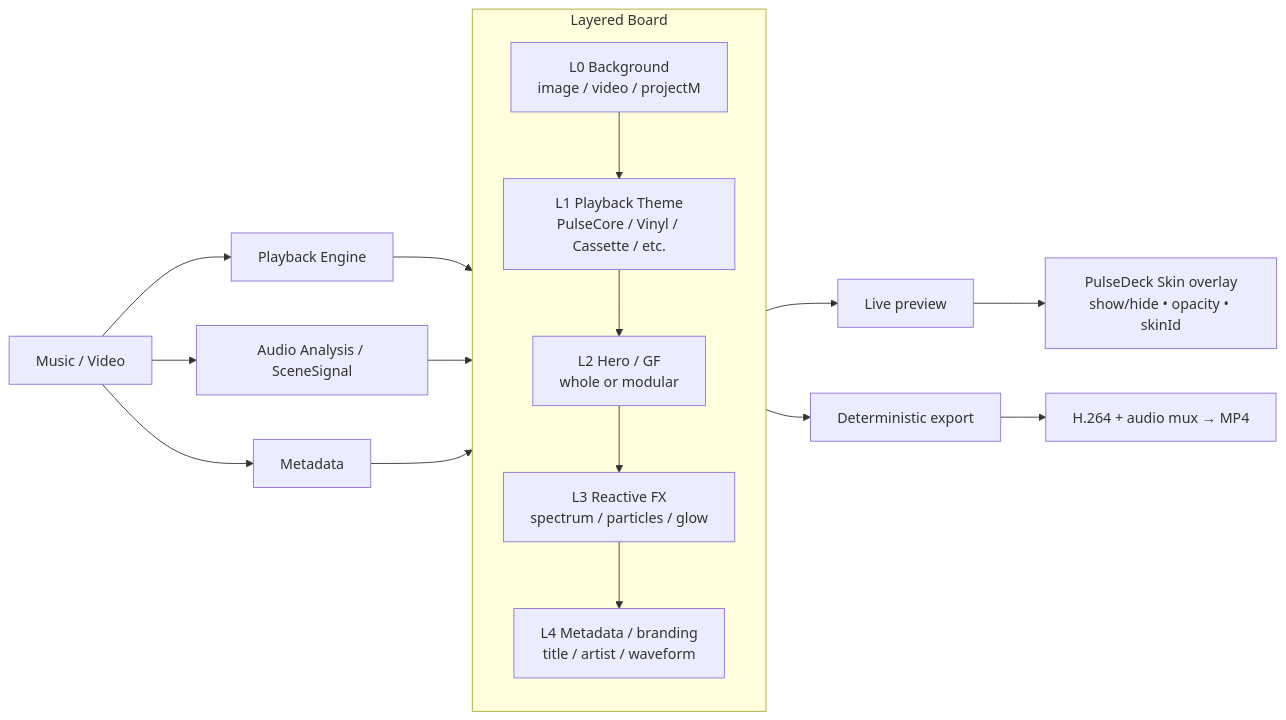
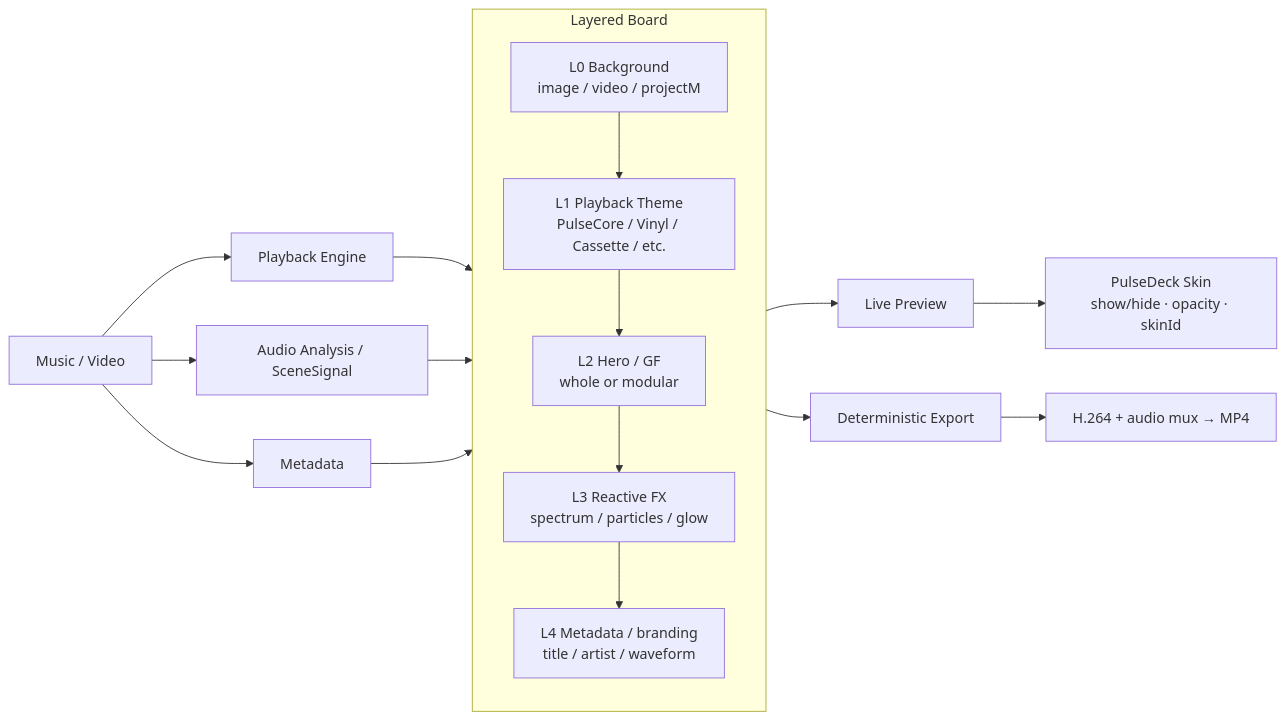
One commit to faric-ua/faric-music-visualizer changed the first of 2 diagrams in docs/diagrams/FARIC_PROJECT_ATLAS.md. Above: the diagram before and after it, drawn with Mermaid. The commit also changed other lines of this file, not shown here.

````diff
--- a/docs/diagrams/FARIC_PROJECT_ATLAS.md
+++ b/docs/diagrams/FARIC_PROJECT_ATLAS.md
@@ -9,23 +11,25 @@
 ```mermaid
 flowchart LR
     M[Music / Video] --> P[Playback Engine]
     M --> A[Audio Analysis / SceneSignal]
     M --> D[Metadata]
+
     P --> B
     A --> B
     D --> B
 
     subgraph B[Layered Board]
       L0[L0 Background<br/>image / video / projectM]
       L1[L1 Playback Theme<br/>PulseCore / Vinyl / Cassette / etc.]
       L2[L2 Hero / GF<br/>whole or modular]
       L3[L3 Reactive FX<br/>spectrum / particles / glow]
       L4[L4 Metadata / branding<br/>title / artist / waveform]
       L0 --> L1 --> L2 --> L3 --> L4
     end
 
-    B --> LIVE[Live preview]
-    LIVE --> SKIN[PulseDeck Skin overlay<br/>show/hide • opacity • skinId]
-    B --> EXP[Deterministic export]
+    B --> LIVE[Live Preview]
+    LIVE --> SKIN[PulseDeck Skin<br/>show/hide · opacity · skinId]
+
+    B --> EXP[Deterministic Export]
     EXP --> MP4[H.264 + audio mux → MP4]
 ```
````
